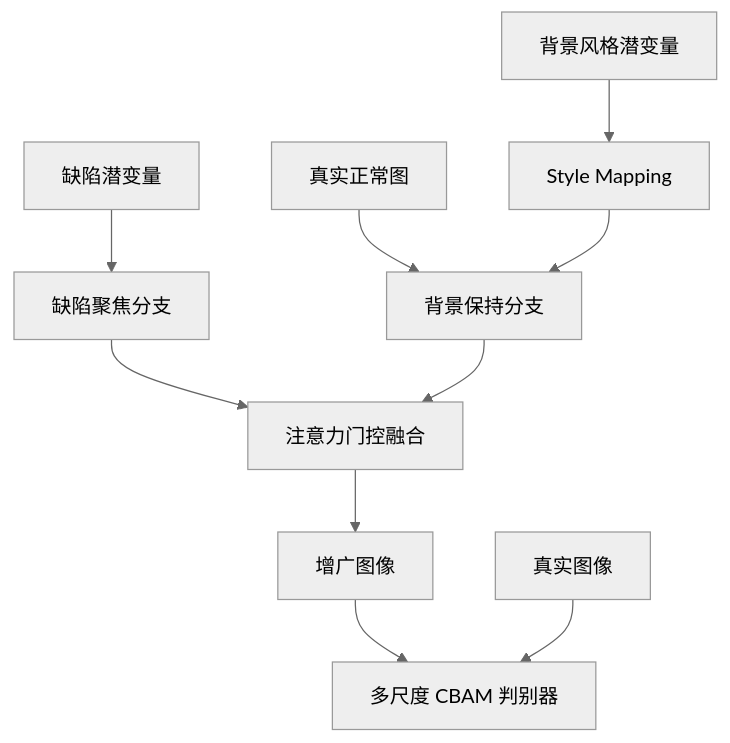
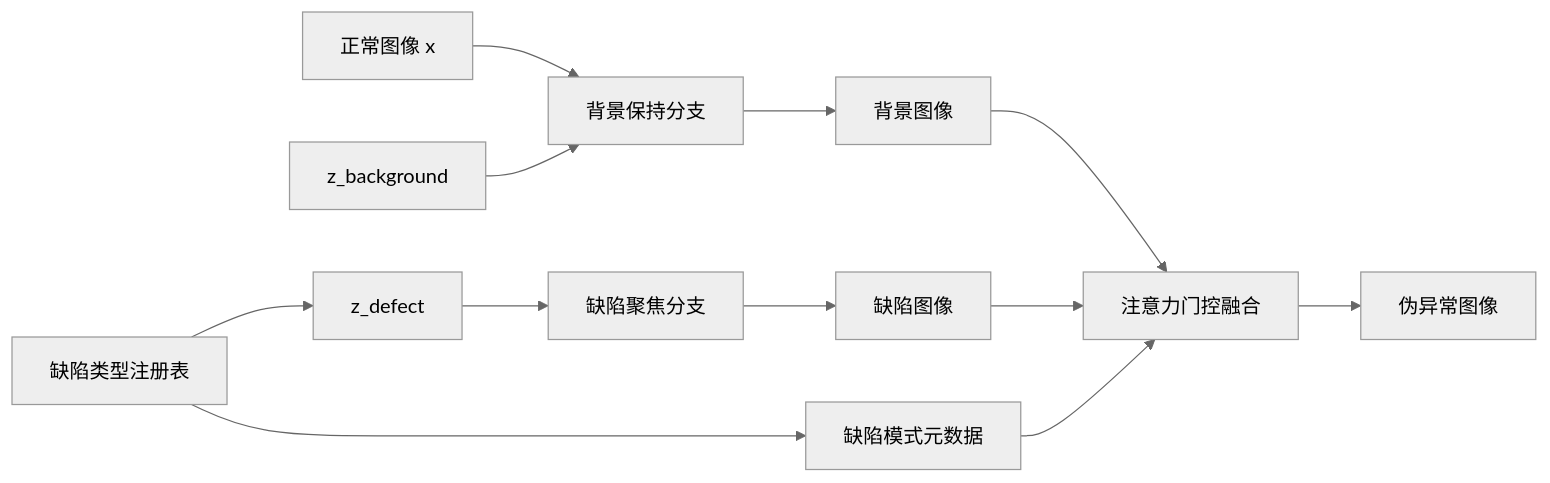
The first of 3 diagrams in docs/CASE_STUDY.md (MimiJimmy001/Industrial-Defect-Gan-Augmentation), drawn with Mermaid (neutral theme) before and after one commit. The commit also changed other lines of this file and 4 other files, not shown here.

````diff
--- a/docs/CASE_STUDY.md
+++ b/docs/CASE_STUDY.md
@@ -11,12 +33,14 @@
 ```mermaid
-flowchart TD
-    Z1[缺陷潜变量] --> DB[缺陷聚焦分支]
-    IMG[真实正常图] --> BB[背景保持分支]
-    Z2[背景风格潜变量] --> MAP[Style Mapping]
-    MAP --> BB
-    DB --> FUSION[注意力门控融合]
-    BB --> FUSION
-    FUSION --> OUT[增广图像]
-    OUT --> DISC[多尺度 CBAM 判别器]
-    REAL[真实图像] --> DISC
+flowchart LR
+    NORMAL[正常图像 x] --> ENCODER[背景保持分支]
+    ZB[z_background] --> ENCODER
+    ZD[z_defect] --> DEFECT[缺陷聚焦分支]
+    TYPE[缺陷类型注册表] --> ZD
+    ENCODER --> BGIMG[背景图像]
+    DEFECT --> DIMG[缺陷图像]
+    BGIMG --> FUSION[注意力门控融合]
+    DIMG --> FUSION
+    FUSION --> FAKE[伪异常图像]
+    TYPE --> META[缺陷模式元数据]
+    META --> FUSION
 ```
````
